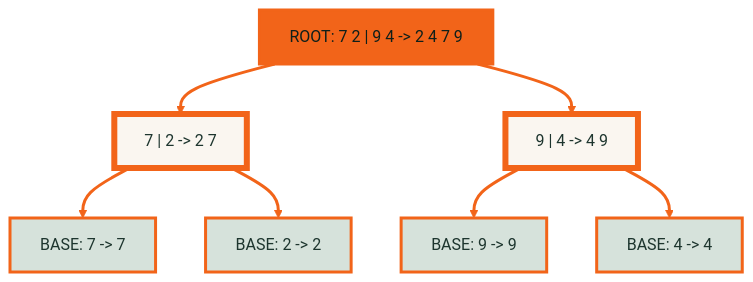
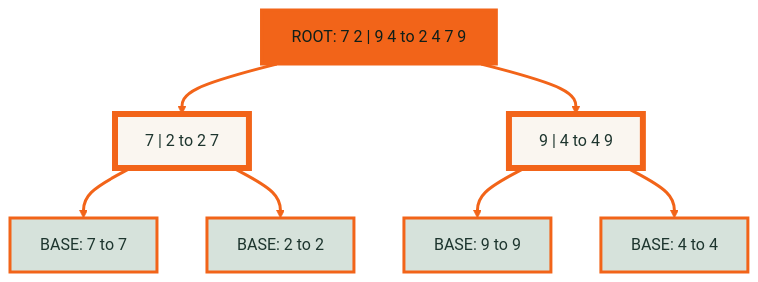
Before and after one commit to PanagopoulosNikolaos/DitOpenNotes: the third of 3 diagrams in Year_3/Semester_5/ALGORITHMS_AND_COMPLEXITY/Resources/Notes/MidTerm/05_sorting_and_lower_bound.md, drawn with Mermaid. The commit also changed other lines of this file and 5 other files, not shown here.

Commit message:
fix(midterm-notes): correct examples and diagram syntax across review notes

````diff
--- a/Year_3/Semester_5/ALGORITHMS_AND_COMPLEXITY/Resources/Notes/MidTerm/05_sorting_and_lower_bound.md
+++ b/Year_3/Semester_5/ALGORITHMS_AND_COMPLEXITY/Resources/Notes/MidTerm/05_sorting_and_lower_bound.md
@@ -267,19 +267,19 @@
 ```mermaid
 %%{init: {"theme": "base", "themeVariables": {"primaryColor": "#FAF6F0", "primaryTextColor": "#1D352E", "primaryBorderColor": "#F26419", "lineColor": "#F26419", "textColor": "#1D352E", "edgeLabelBackground": "#FAF6F0", "fontFamily": "sans-serif"}}}%%
 flowchart TD
-    r["ROOT: 7 2 | 9 4 -> 2 4 7 9"] --> l["7 | 2 -> 2 7"]
-    r --> ri["9 | 4 -> 4 9"]
-    l --> ll["BASE: 7 -> 7"]
-    l --> lr["BASE: 2 -> 2"]
-    ri --> rl["BASE: 9 -> 9"]
-    ri --> rr["BASE: 4 -> 4"]
+    r["ROOT: 7 2 | 9 4 to 2 4 7 9"] --> l["7 | 2 to 2 7"]
+    r --> ri["9 | 4 to 4 9"]
+    l --> ll["BASE: 7 to 7"]
+    l --> lr["BASE: 2 to 2"]
+    ri --> rl["BASE: 9 to 9"]
+    ri --> rr["BASE: 4 to 4"]
     class r focus
     class l,ri mark
     class ll,lr,rl,rr soft
     classDef default fill:#FAF6F0,stroke:#F26419,stroke-width:3px,color:#1D352E
     classDef base fill:#FAF6F0,stroke:#F26419,stroke-width:3px,color:#1D352E
     classDef soft fill:#D6E2DB,stroke:#F26419,stroke-width:3px,color:#1D352E
     classDef mark fill:#FAF6F0,stroke:#F26419,stroke-width:6px,color:#1D352E
     classDef focus fill:#F26419,stroke:#F26419,stroke-width:3px,color:#0F1F1A
     linkStyle default stroke:#F26419,stroke-width:3px
 ```
````
